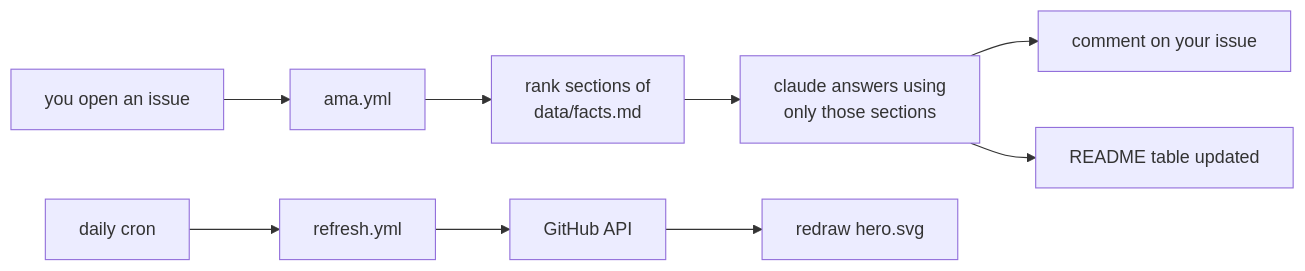
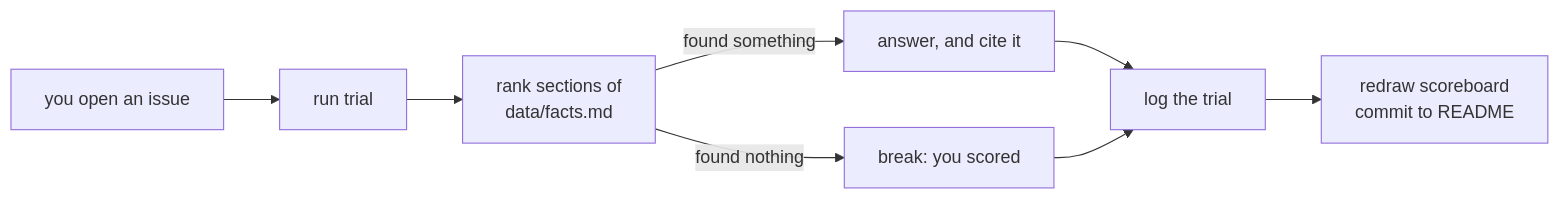
Before and after one commit to tarang-tj/tarang-tj: the diagram in README.md, drawn with Mermaid. The commit also changed other lines of this file and 14 other files, not shown here.

````diff
--- a/README.md
+++ b/README.md
@@ -37,11 +55,10 @@
 ```mermaid
 flowchart LR
-  A[you open an issue] --> B[ama.yml]
+  A[you open an issue] --> B[run trial]
   B --> C[rank sections of<br/>data/facts.md]
-  C --> D[claude answers using<br/>only those sections]
-  D --> E[comment on your issue]
-  D --> F[README table updated]
-  G[daily cron] --> H[refresh.yml]
-  H --> I[GitHub API]
-  I --> J[redraw hero.svg]
+  C -->|found something| D[answer, and cite it]
+  C -->|found nothing| E[break: you scored]
+  D --> F[log the trial]
+  E --> F
+  F --> G[redraw scoreboard<br/>commit to README]
 ```
````
